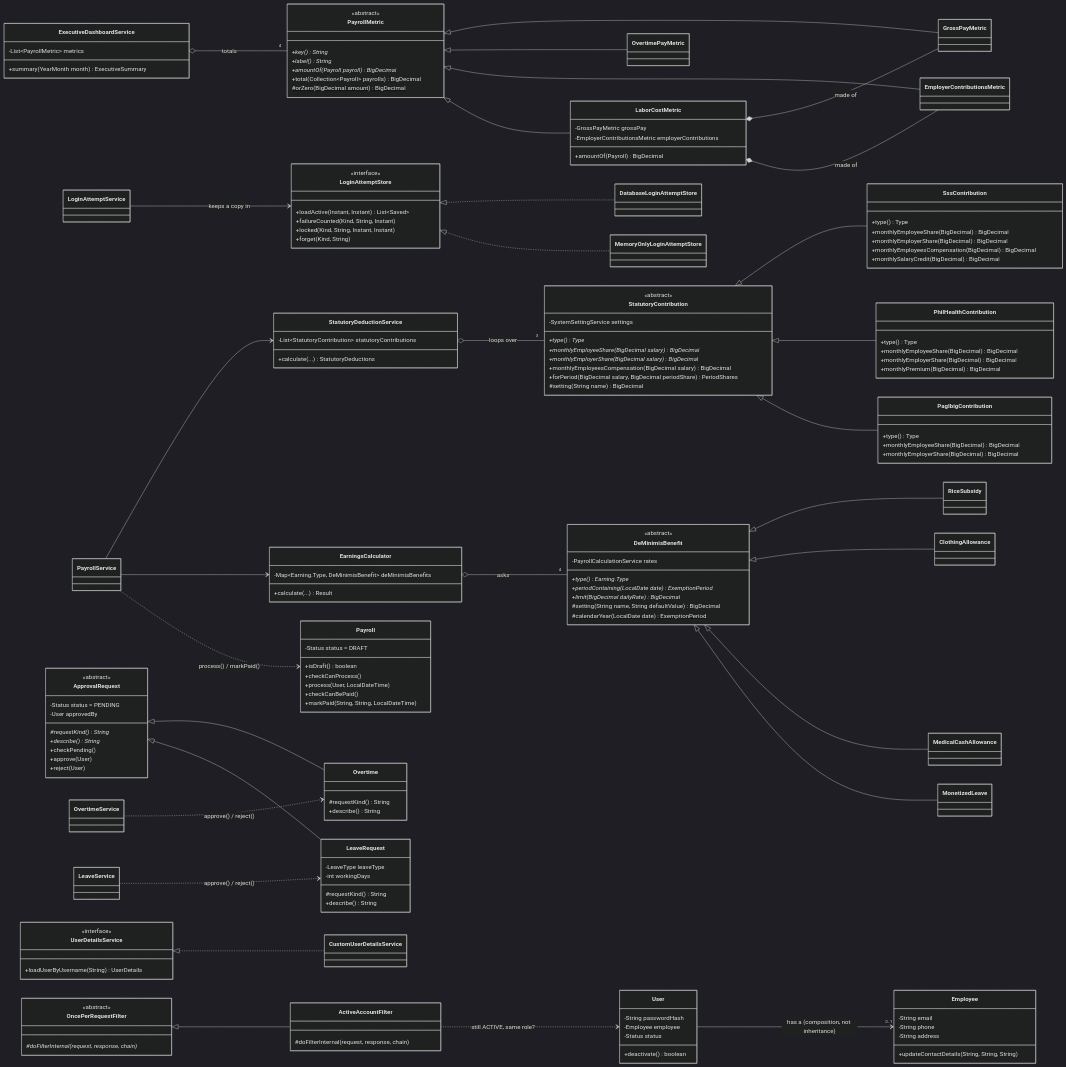
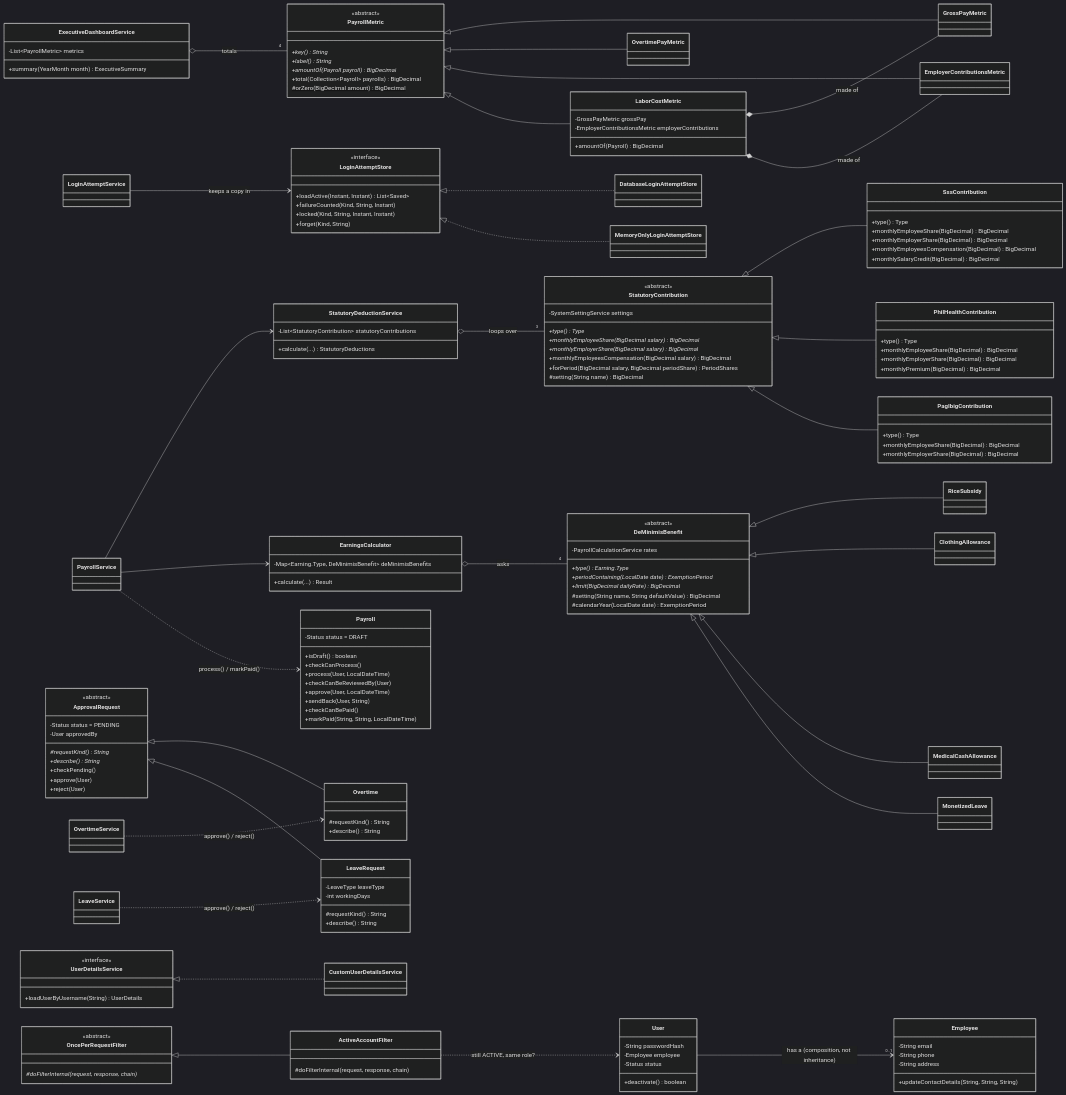
The diagram in docs/OOP_CONCEPTS.md (ArtXenos/Employger), drawn with Mermaid (dark theme) before and after one commit. The commit also changed other lines of this file and 21 other files, not shown here.

```diff
--- a/docs/OOP_CONCEPTS.md
+++ b/docs/OOP_CONCEPTS.md
@@ -496,6 +498,9 @@
         +isDraft() boolean
         +checkCanProcess()
         +process(User, LocalDateTime)
+        +checkCanBeReviewedBy(User)
+        +approve(User, LocalDateTime)
+        +sendBack(User, String)
         +checkCanBePaid()
         +markPaid(String, String, LocalDateTime)
     }
```
